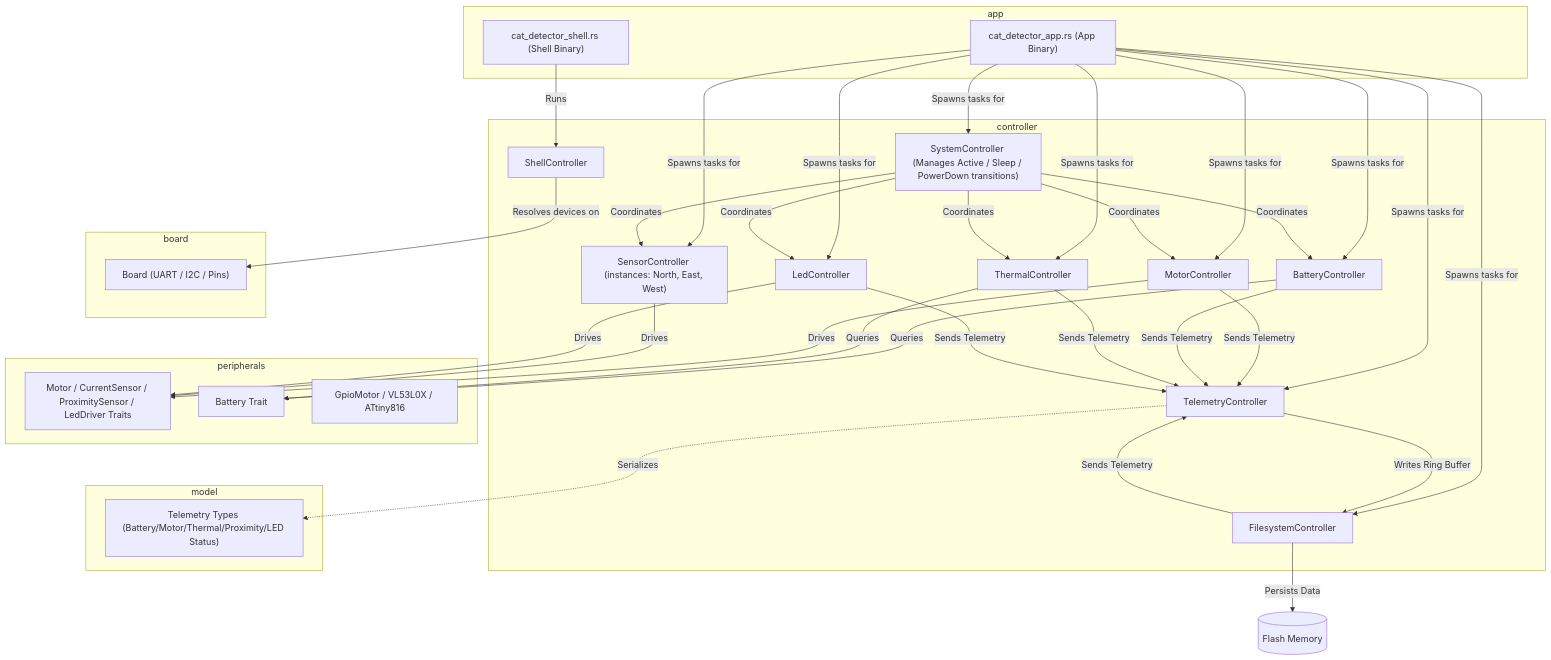
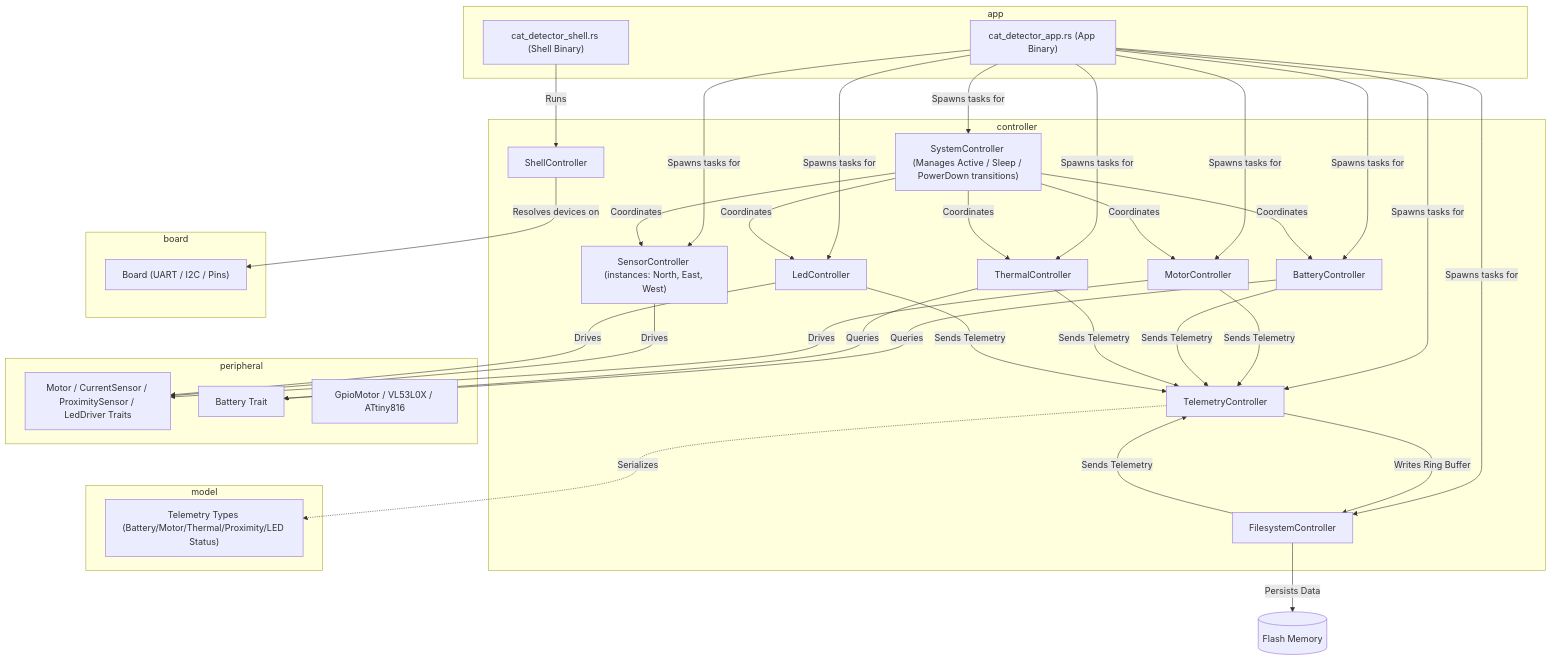
One commit to picklethecat1488-hue/firmware changed the diagram in README.md. Above: the diagram before and after it, drawn with Mermaid. The commit also changed other lines of this file and 36 other files, not shown here.

First line of the commit message:
Rename peripherals to peripheral

````diff
--- a/README.md
+++ b/README.md
@@ -95,44 +96,44 @@
 ```mermaid
 graph TD
     subgraph Controller Crate [controller]
         MC["MotorController"]
         BC["BatteryController"]
         TC["ThermalController"]
         SC["SensorController (instances: North, East, West)"]
         LC["LedController"]
         FSC["FilesystemController"]
         TMC["TelemetryController"]
         SysC["SystemController (Manages Active / Sleep / PowerDown transitions)"]
         ShC["ShellController"]
     end
 
     subgraph Model Crate [model]
         TS["Telemetry Types (Battery/Motor/Thermal/Proximity/LED Status)"]
     end
 
-    subgraph Peripherals Crate [peripherals]
+    subgraph Peripheral Crate [peripheral]
         PT["Motor / CurrentSensor / ProximitySensor / LedDriver Traits"]
         BT["Battery Trait"]
         GM["GpioMotor / VL53L0X / ATtiny816"]
     end
 
     subgraph Board Crate [board]
         Board["Board (UART / I2C / Pins)"]
     end
 
     subgraph Application Crate [app]
         Main["cat_detector_app.rs (App Binary)"]
         Shell["cat_detector_shell.rs (Shell Binary)"]
     end
 
     Main -->|Spawns tasks for| MC & BC & TC & SC & LC & FSC & TMC & SysC
     Shell -->|Runs| ShC
     SysC -->|Coordinates| MC & SC & LC & BC & TC
     ShC -->|Resolves devices on| Board
     MC & SC & LC -->|Drives| PT
     BC & TC -->|Queries| BT
     MC & BC & TC & LC & FSC -->|Sends Telemetry| TMC
     TMC -->|Writes Ring Buffer| FSC
     FSC -->|Persists Data| Flash[("Flash Memory")]
     TMC -.->|Serializes| TS
 ```
````
